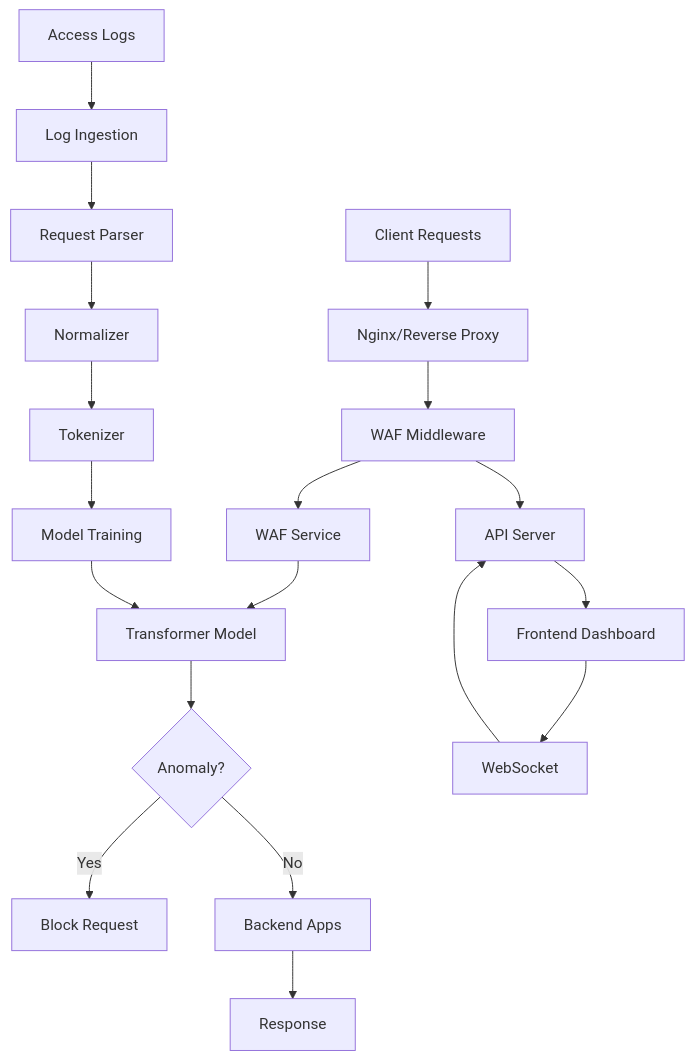
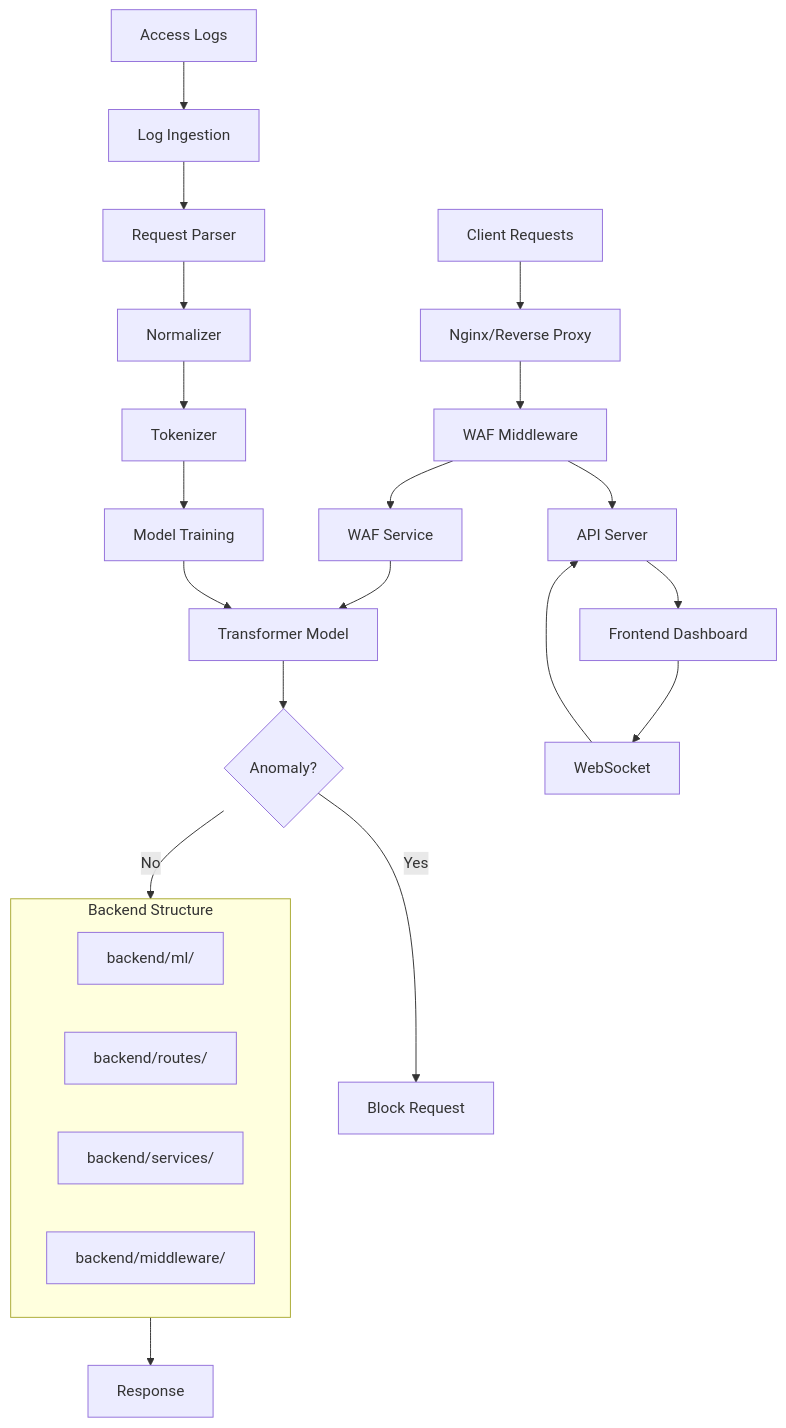
The diagram in .cursor/plans/waf_project_deep_analysis_&_completion_assessment_37610eea.plan.md (HarshdeepAthawale/Transformer-based-end-to-end-Web-Application-Firewall-WAF-pipeline), drawn with Mermaid before and after one commit. The commit also changed other lines of this file and 129 other files, not shown here.

````diff
--- a/.cursor/plans/waf_project_deep_analysis_&_completion_assessment_37610eea.plan.md
+++ b/.cursor/plans/waf_project_deep_analysis_&_completion_assessment_37610eea.plan.md
@@ -43,23 +44,30 @@
 ```mermaid
 flowchart TB
     Client[Client Requests] --> Nginx[Nginx/Reverse Proxy]
     Nginx --> WAFMiddleware[WAF Middleware]
     WAFMiddleware --> WAFService[WAF Service]
     WAFService --> Model[Transformer Model]
     Model --> Decision{Anomaly?}
     Decision -->|Yes| Block[Block Request]
     Decision -->|No| Backend[Backend Apps]
     Backend --> Response[Response]
     
     WAFMiddleware --> API[API Server]
     API --> Dashboard[Frontend Dashboard]
     Dashboard --> WebSocket[WebSocket]
     WebSocket --> API
     
     Logs[Access Logs] --> Ingestion[Log Ingestion]
     Ingestion --> Parser[Request Parser]
     Parser --> Normalizer[Normalizer]
     Normalizer --> Tokenizer[Tokenizer]
     Tokenizer --> Training[Model Training]
     Training --> Model
+    
+    subgraph Backend[Backend Structure]
+        ML[backend/ml/]
+        Routes[backend/routes/]
+        Services[backend/services/]
+        Middleware[backend/middleware/]
+    end
 ```
````
